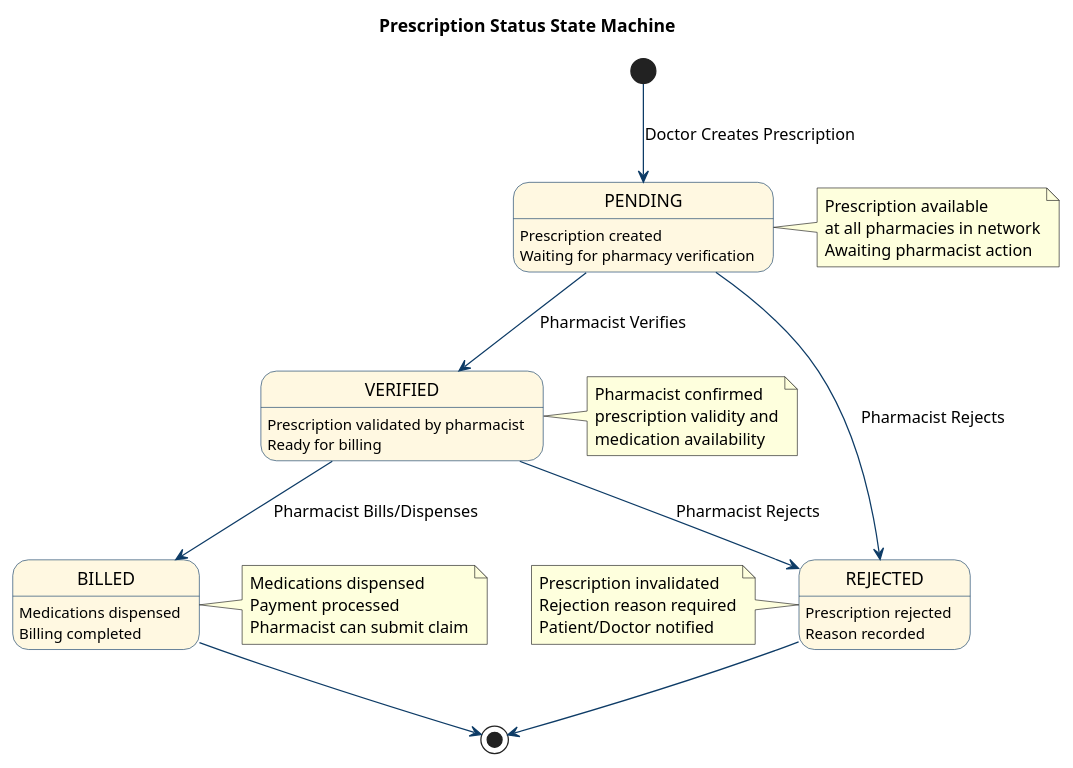
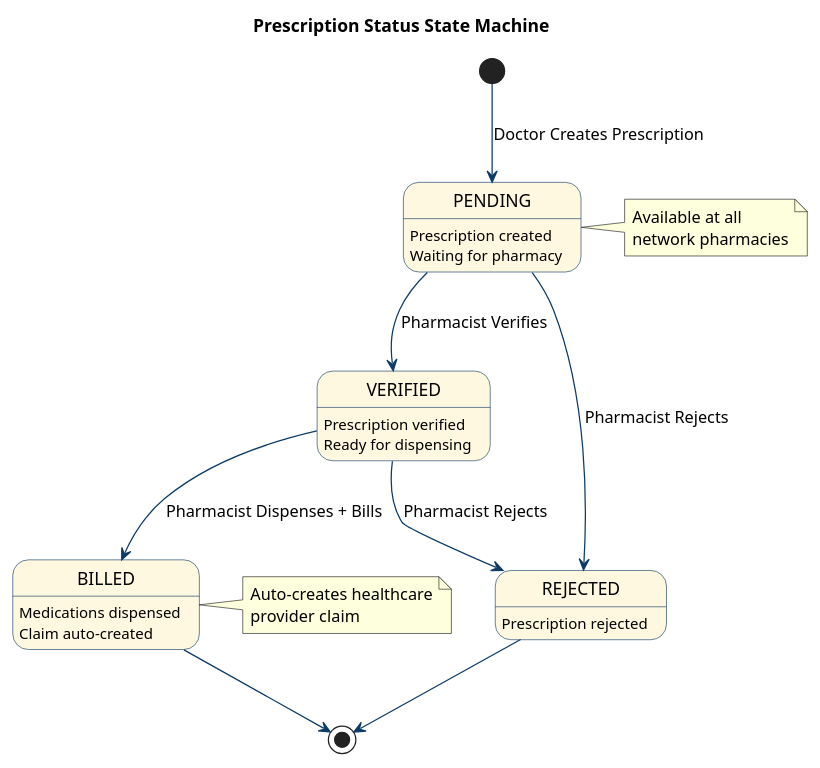
Before and after one commit to 1210395/InsuranceSystemFrontEnd: the tenth of 20 diagrams in PlantUML_Diagrams.md, drawn with PlantUML. The commit also changed other lines of this file and 32 other files, not shown here.

````diff
--- a/PlantUML_Diagrams.md
+++ b/PlantUML_Diagrams.md
@@ -1353,54 +932,40 @@
 ```plantuml
 @startuml State_Prescription_Status
 skinparam state {
     BackgroundColor #FFF8E1
     BorderColor #0D3B66
     ArrowColor #0D3B66
     StartColor #4CAF50
     EndColor #2196F3
 }
 
 title Prescription Status State Machine
 
 [*] --> PENDING : Doctor Creates Prescription
 
-state PENDING : Prescription created\nWaiting for pharmacy verification
-state VERIFIED : Prescription validated by pharmacist\nReady for billing
-state BILLED : Medications dispensed\nBilling completed
-state REJECTED : Prescription rejected\nReason recorded
+state PENDING : Prescription created\nWaiting for pharmacy
+state VERIFIED : Prescription verified\nReady for dispensing
+state BILLED : Medications dispensed\nClaim auto-created
+state REJECTED : Prescription rejected
 
 PENDING --> VERIFIED : Pharmacist Verifies
 PENDING --> REJECTED : Pharmacist Rejects
 
-VERIFIED --> BILLED : Pharmacist Bills/Dispenses
+VERIFIED --> BILLED : Pharmacist Dispenses + Bills
 VERIFIED --> REJECTED : Pharmacist Rejects
 
 BILLED --> [*]
 REJECTED --> [*]
 
 note right of PENDING
-    Prescription available
-    at all pharmacies in network
-    Awaiting pharmacist action
-end note
-
-note right of VERIFIED
-    Pharmacist confirmed
-    prescription validity and
-    medication availability
+    Available at all
+    network pharmacies
 end note
 
 note right of BILLED
-    Medications dispensed
-    Payment processed
-    Pharmacist can submit claim
-end note
-
-note left of REJECTED
-    Prescription invalidated
-    Rejection reason required
-    Patient/Doctor notified
+    Auto-creates healthcare
+    provider claim
 end note
 
 @enduml
 ```
````
